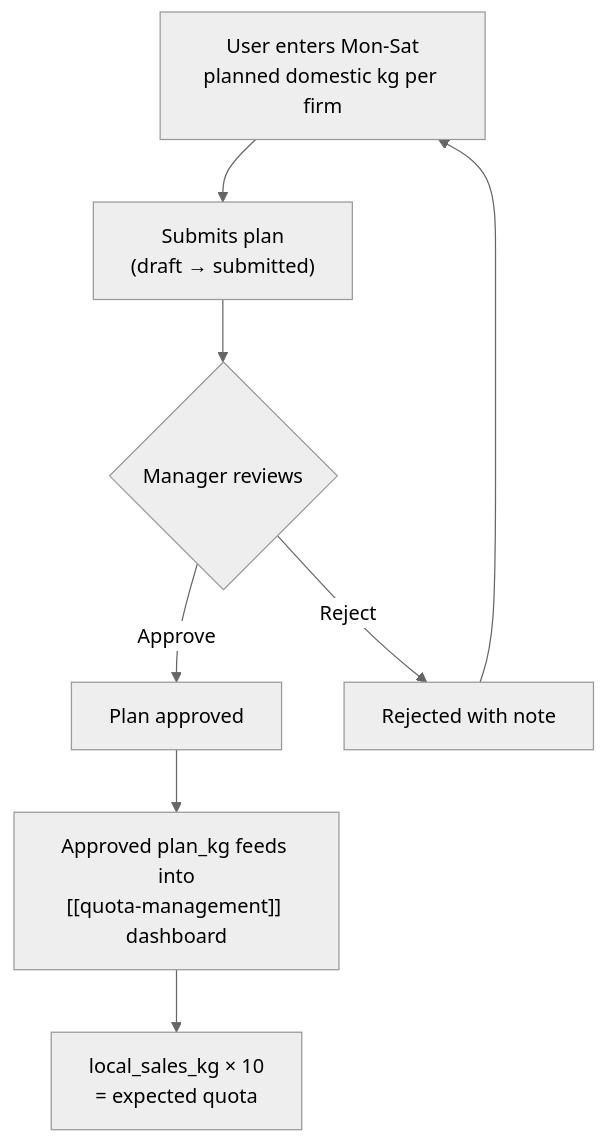
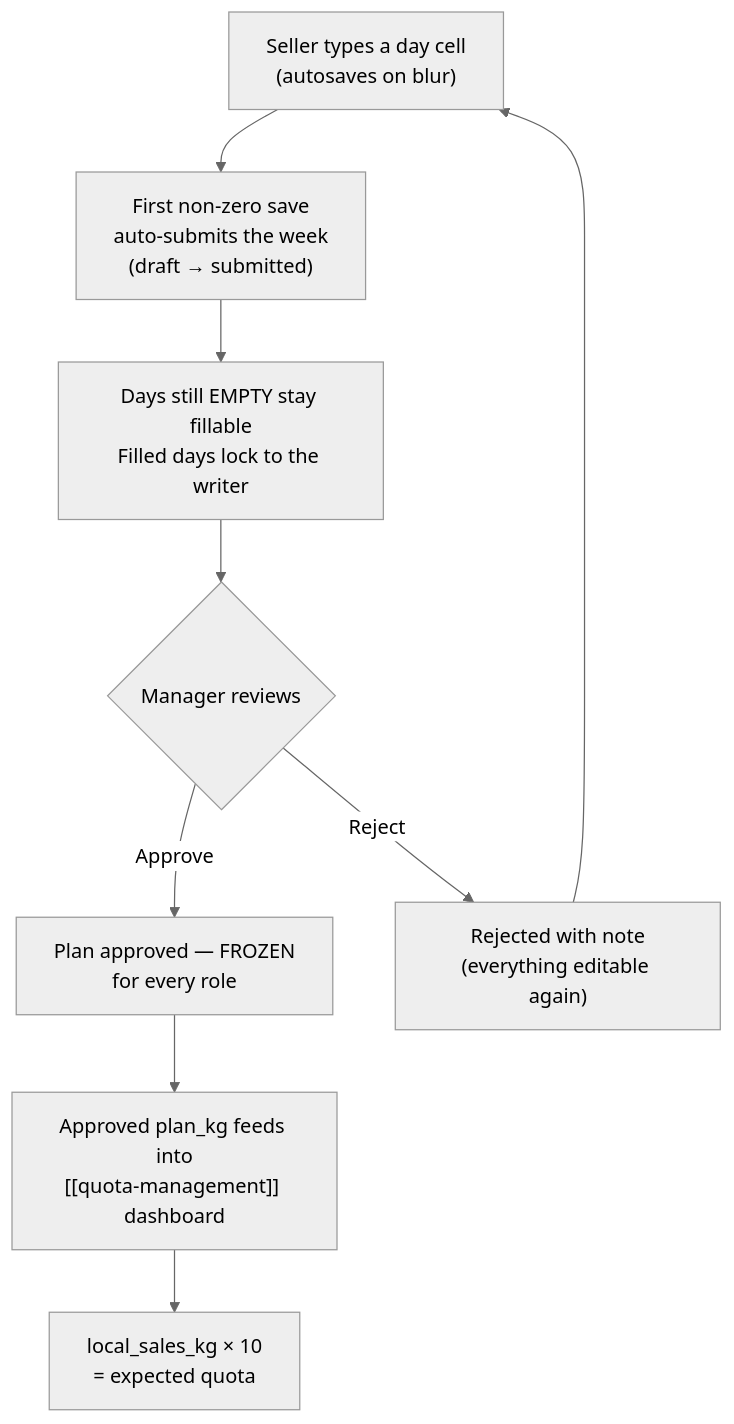
Before and after one commit to Jasurbek99/yigit_platform: the diagram in docs/obsidian/processes/local-sell-plan.md, drawn with Mermaid (neutral theme). The commit also changed other lines of this file and 70 other files, not shown here.

````diff
--- a/docs/obsidian/processes/local-sell-plan.md
+++ b/docs/obsidian/processes/local-sell-plan.md
@@ -15,10 +15,11 @@
 ```mermaid
 flowchart TD
-    A["User enters Mon-Sat\nplanned domestic kg per firm"] --> B["Submits plan\n(draft → submitted)"]
-    B --> C{"Manager reviews"}
-    C -->|Approve| D["Plan approved"]
-    C -->|Reject| E["Rejected with note"]
+    A["Seller types a day cell\n(autosaves on blur)"] --> B["First non-zero save\nauto-submits the week\n(draft → submitted)"]
+    B --> H["Days still EMPTY stay fillable\nFilled days lock to the writer"]
+    H --> C{"Manager reviews"}
+    C -->|Approve| D["Plan approved — FROZEN\nfor every role"]
+    C -->|Reject| E["Rejected with note\n(everything editable again)"]
     E --> A
     D --> F["Approved plan_kg feeds into\n[[quota-management]] dashboard"]
     F --> G["local_sales_kg × 10\n= expected quota"]
 ```
````
